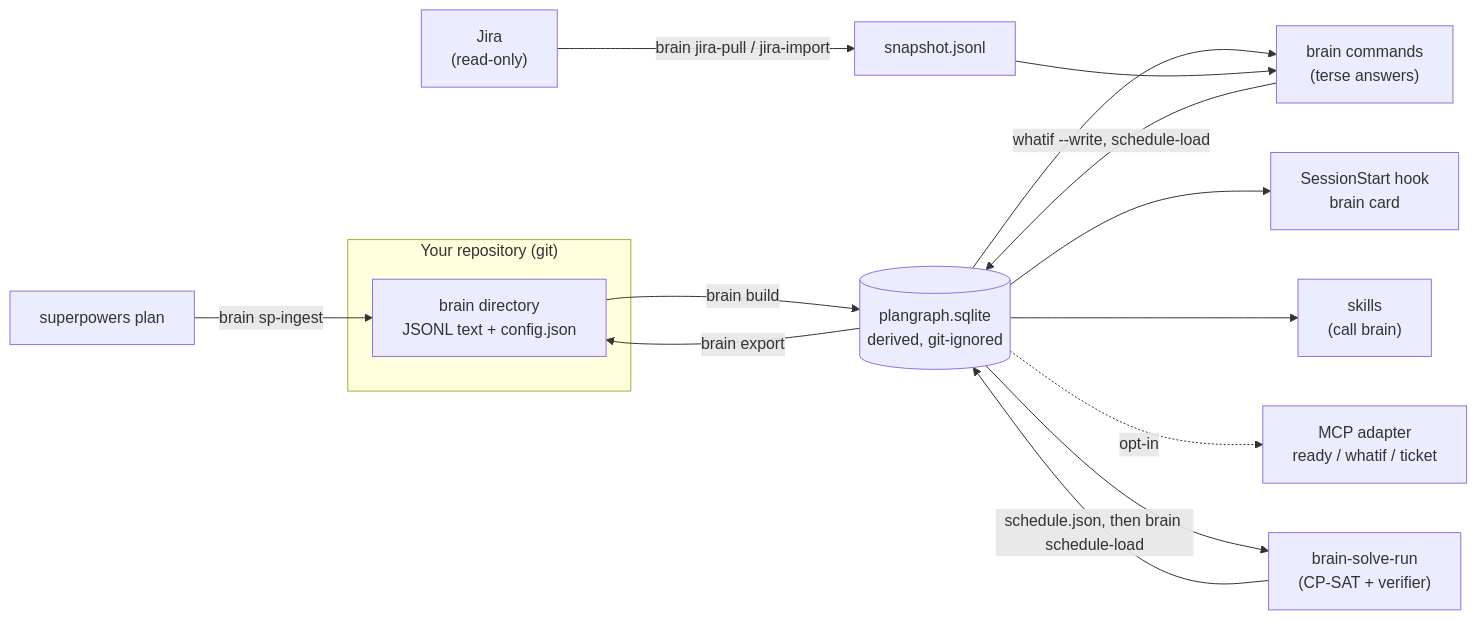
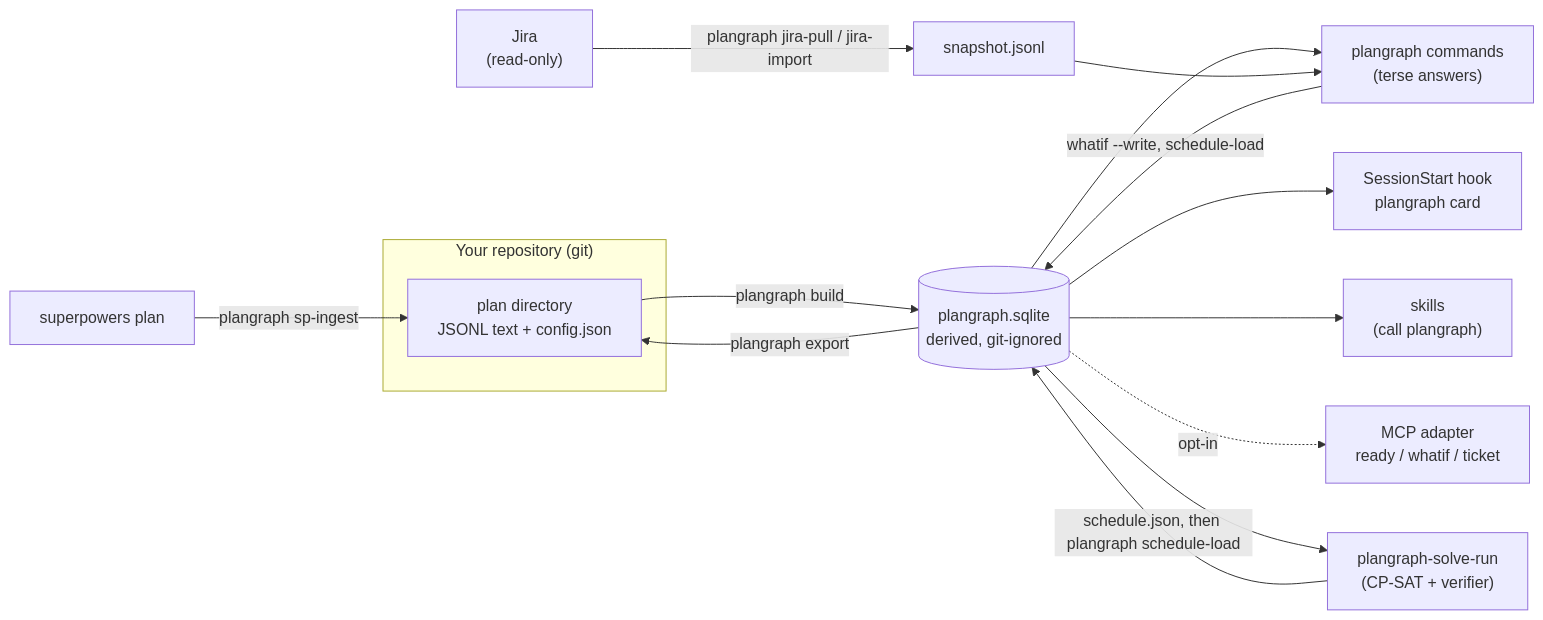
Before and after one commit to jourlez/plangraph: the diagram in README.md, drawn with Mermaid. The commit also changed other lines of this file and 452 other files, not shown here.

Commit message:
rename the command, launchers, MCP entry, skills, eval cases and goldens to plangraph; add rename-check for the mapped files

````diff
--- a/README.md
+++ b/README.md
@@ -314,18 +314,18 @@
 ```mermaid
 flowchart LR
   subgraph repo["Your repository (git)"]
-    T["brain directory<br/>JSONL text + config.json"]
+    T["plan directory<br/>JSONL text + config.json"]
   end
-  J["Jira<br/>(read-only)"] -->|"brain jira-pull / jira-import"| S["snapshot.jsonl"]
-  SP["superpowers plan"] -->|"brain sp-ingest"| T
-  T -->|"brain build"| I[("plangraph.sqlite<br/>derived, git-ignored")]
-  I --> C["brain commands<br/>(terse answers)"]
-  I --> H["SessionStart hook<br/>brain card"]
-  I --> SK["skills<br/>(call brain)"]
+  J["Jira<br/>(read-only)"] -->|"plangraph jira-pull / jira-import"| S["snapshot.jsonl"]
+  SP["superpowers plan"] -->|"plangraph sp-ingest"| T
+  T -->|"plangraph build"| I[("plangraph.sqlite<br/>derived, git-ignored")]
+  I --> C["plangraph commands<br/>(terse answers)"]
+  I --> H["SessionStart hook<br/>plangraph card"]
+  I --> SK["skills<br/>(call plangraph)"]
   I -.->|"opt-in"| M["MCP adapter<br/>ready / whatif / ticket"]
-  I --> SO["brain-solve-run<br/>(CP-SAT + verifier)"]
-  SO -->|"schedule.json, then brain schedule-load"| I
+  I --> SO["plangraph-solve-run<br/>(CP-SAT + verifier)"]
+  SO -->|"schedule.json, then plangraph schedule-load"| I
   C -->|"whatif --write, schedule-load"| I
-  I -->|"brain export"| T
+  I -->|"plangraph export"| T
   S --> C
 ```
````
